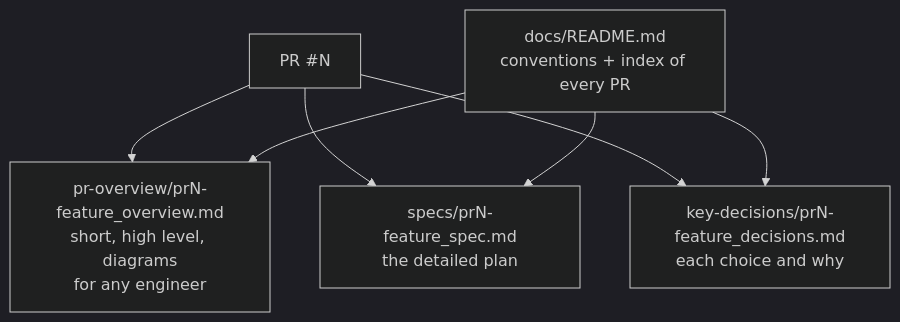
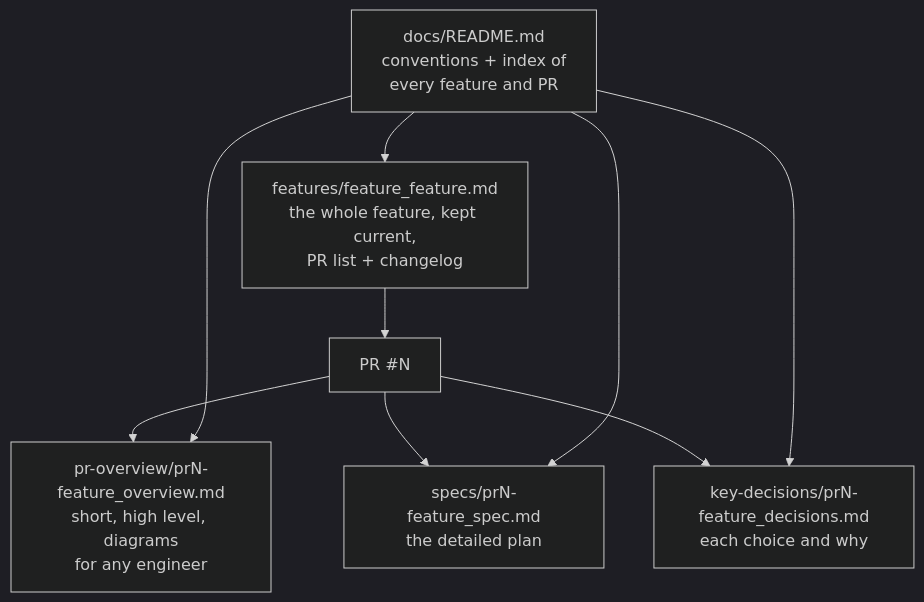
One commit to JoseSilva1997/zero-based-budget-app changed the diagram in docs/pr-overview/pr34-docs-structure_overview.md. Above: the diagram before and after it, drawn with Mermaid (dark theme). The commit also changed other lines of this file and 2 other files, not shown here.

Commit message:
docs: open each pr overview with its context and link its feature

````diff
--- a/docs/pr-overview/pr34-docs-structure_overview.md
+++ b/docs/pr-overview/pr34-docs-structure_overview.md
@@ -9,9 +13,11 @@
 ```mermaid
 flowchart TD
+    F["features/feature_feature.md<br/>the whole feature, kept current,<br/>PR list + changelog"] --> PR
     PR["PR #N"] --> O["pr-overview/prN-feature_overview.md<br/>short, high level, diagrams<br/>for any engineer"]
     PR --> S["specs/prN-feature_spec.md<br/>the detailed plan"]
     PR --> D["key-decisions/prN-feature_decisions.md<br/>each choice and why"]
-    IDX["docs/README.md<br/>conventions + index of every PR"] --> O
+    IDX["docs/README.md<br/>conventions + index of<br/>every feature and PR"] --> O
     IDX --> S
     IDX --> D
+    IDX --> F
 ```
````
